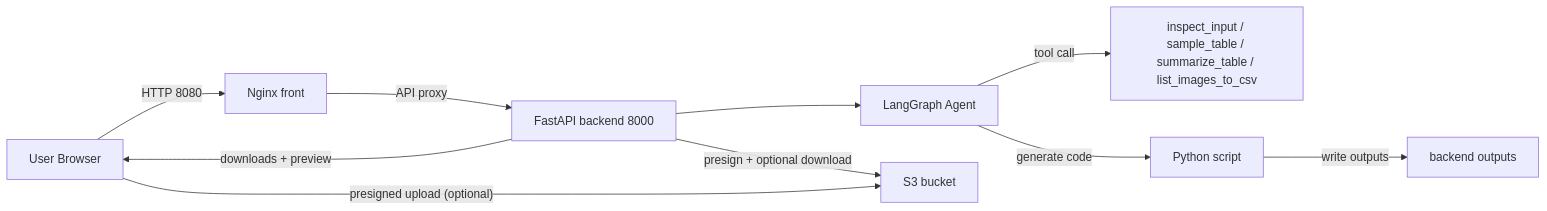
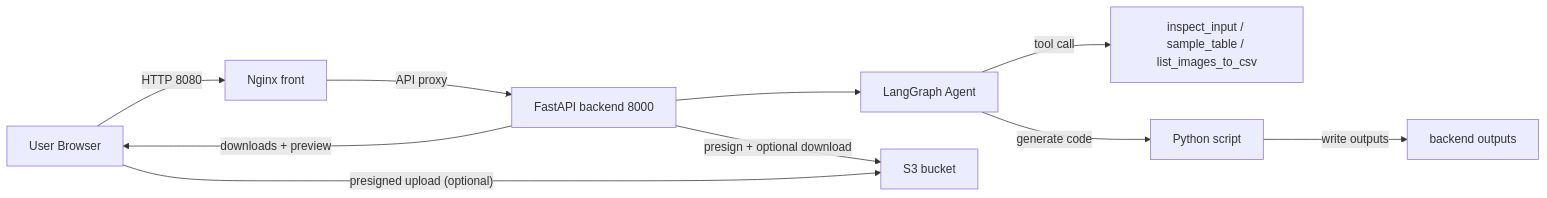
One commit to sonsukwoo/Data_preprocessing_auto changed the first of 3 diagrams in README.md. Above: the diagram before and after it, drawn with Mermaid. The commit also changed other lines of this file and 1 other file, not shown here.

````diff
--- a/README.md
+++ b/README.md
@@ -95,12 +95,12 @@
 ```mermaid
 flowchart LR
   U["User Browser"] -->|"HTTP 8080"| N["Nginx front"]
   N -->|"API proxy"| A["FastAPI backend 8000"]
   A --> G["LangGraph Agent"]
-  G -->|"tool call"| T["inspect_input / sample_table / summarize_table / list_images_to_csv"]
+  G -->|"tool call"| T["inspect_input / sample_table / list_images_to_csv"]
   G -->|"generate code"| P["Python script"]
   P -->|"write outputs"| O["backend outputs"]
   A -->|"downloads + preview"| U
   A -->|"presign + optional download"| S3["S3 bucket"]
   U -->|"presigned upload (optional)"| S3
 ```
````
